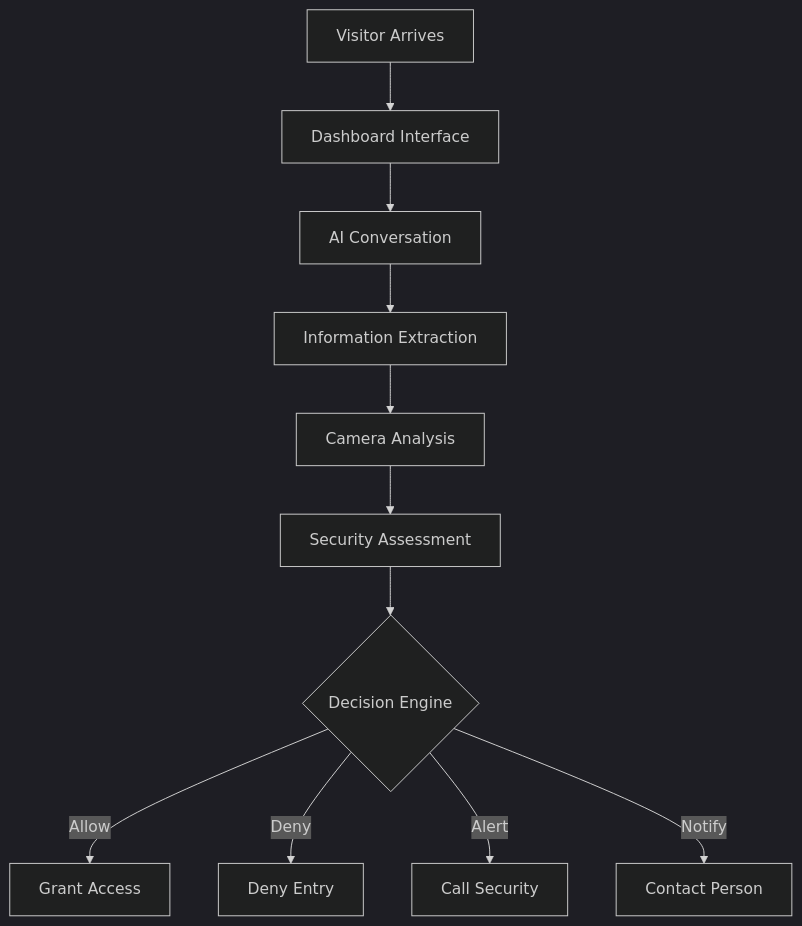
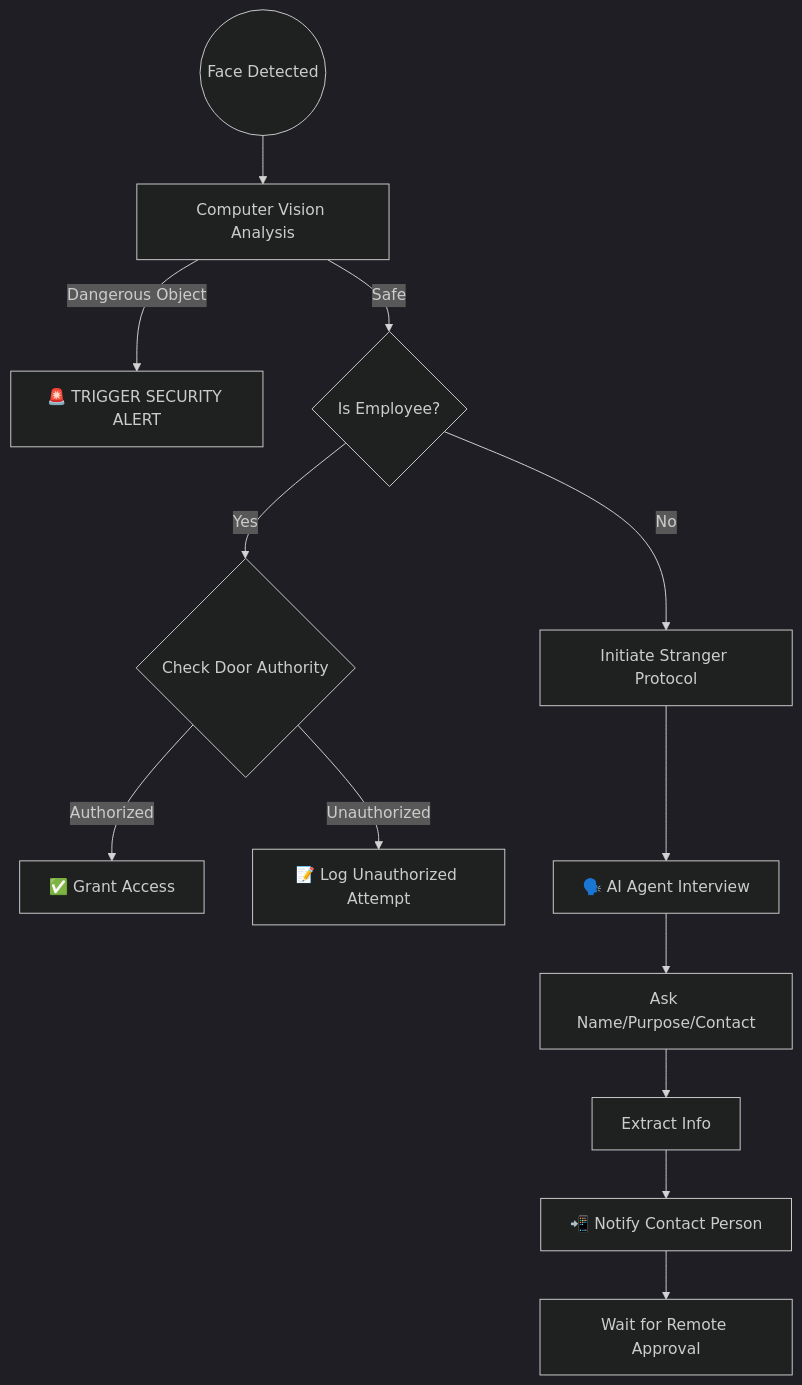
One commit to 01HakanGunes/gatekeeper changed the diagram in README.md. Above: the diagram before and after it, drawn with Mermaid (dark theme). The commit also changed other lines of this file, not shown here.

````diff
--- a/README.md
+++ b/README.md
@@ -139,13 +82,20 @@
 ```mermaid
 graph TD
-    A[Visitor Arrives] --> B[Dashboard Interface]
-    B --> C[AI Conversation]
-    C --> D[Information Extraction]
-    D --> E[Camera Analysis]
-    E --> F[Security Assessment]
-    F --> G{Decision Engine}
-    G -->|Allow| H[Grant Access]
-    G -->|Deny| I[Deny Entry]
-    G -->|Alert| J[Call Security]
-    G -->|Notify| K[Contact Person]
+    Start((Face Detected)) --> Vision[Computer Vision Analysis]
+
+    Vision -->|Dangerous Object| Threat[🚨 TRIGGER SECURITY ALERT]
+    Vision -->|Safe| Identify{Is Employee?}
+
+    %% Employee Flow
+    Identify -->|Yes| Auth{Check Door Authority}
+    Auth -->|Authorized| Grant[✅ Grant Access]
+    Auth -->|Unauthorized| LogAttempt[📝 Log Unauthorized Attempt]
+
+    %% Visitor Flow
+    Identify -->|No| Stranger[Initiate Stranger Protocol]
+    Stranger --> Interview[🗣️ AI Agent Interview]
+    Interview --> Q1[Ask Name/Purpose/Contact]
+    Q1 --> Extract[Extract Info]
+    Extract --> Notify[📲 Notify Contact Person]
+    Notify --> Wait[Wait for Remote Approval]
 ```
````
